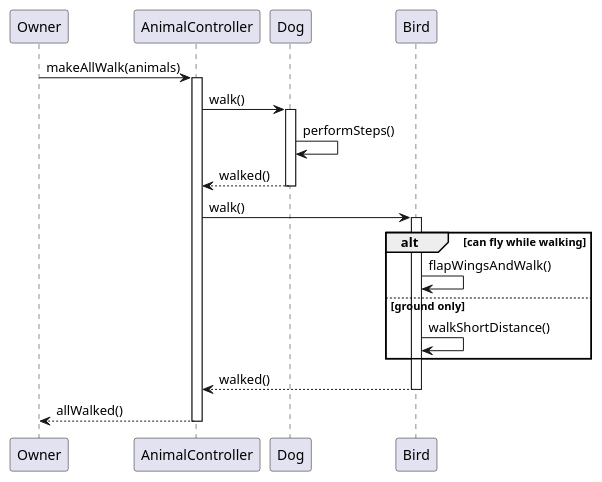
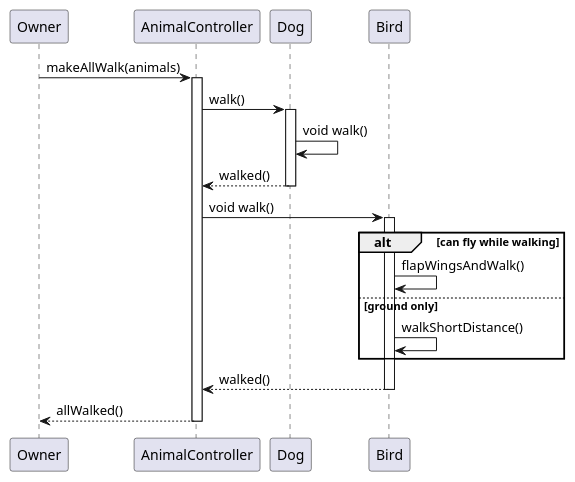
One commit to AnQueth/PlantUMLEditor changed the diagram in testdocs/animals_walk.seq.puml. Above: the diagram before and after it, drawn with PlantUML. The commit also changed 3 other files, not shown here.

```diff
--- a/testdocs/animals_walk.seq.puml
+++ b/testdocs/animals_walk.seq.puml
@@ -1,31 +1,31 @@
 @startuml
 '@@novalidate
 
 participant "Owner" as Owner
 participant "AnimalController" as Controller
 participant "Dog" as Dog
 participant "Bird" as Bird
 
 Owner -> Controller: makeAllWalk(animals)
 activate Controller
 
 Controller -> Dog: walk()
 activate Dog
-Dog -> Dog: performSteps()
+Dog -> Dog: void walk()
 Dog --> Controller: walked()
 deactivate Dog
 
-Controller -> Bird: walk()
+Controller -> Bird: void walk()	
 activate Bird
 alt can fly while walking
   Bird -> Bird: flapWingsAndWalk()
 else ground only
   Bird -> Bird: walkShortDistance()
 end
 Bird --> Controller: walked()
 deactivate Bird
 
 Controller --> Owner: allWalked()
 deactivate Controller
 
 @enduml
```
